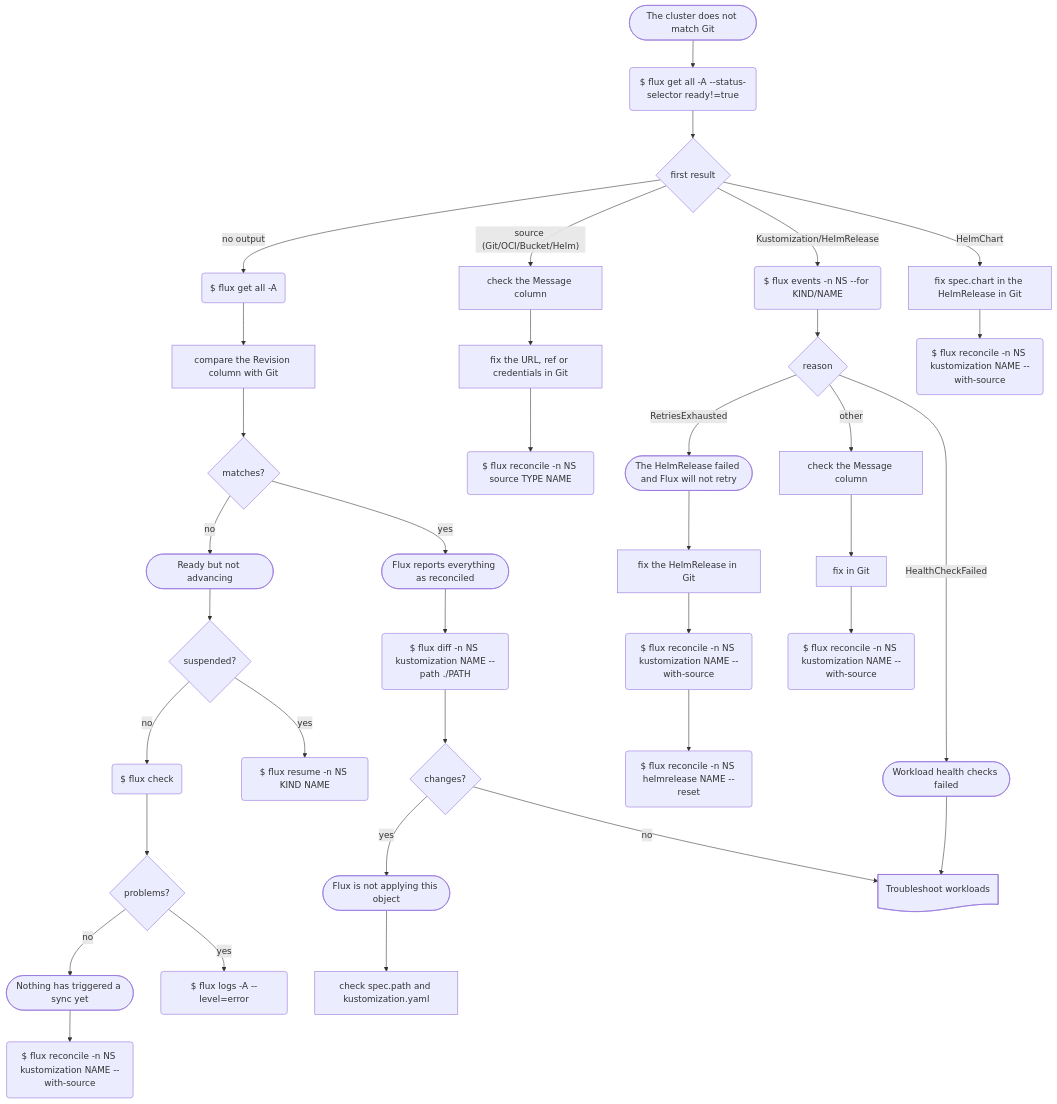
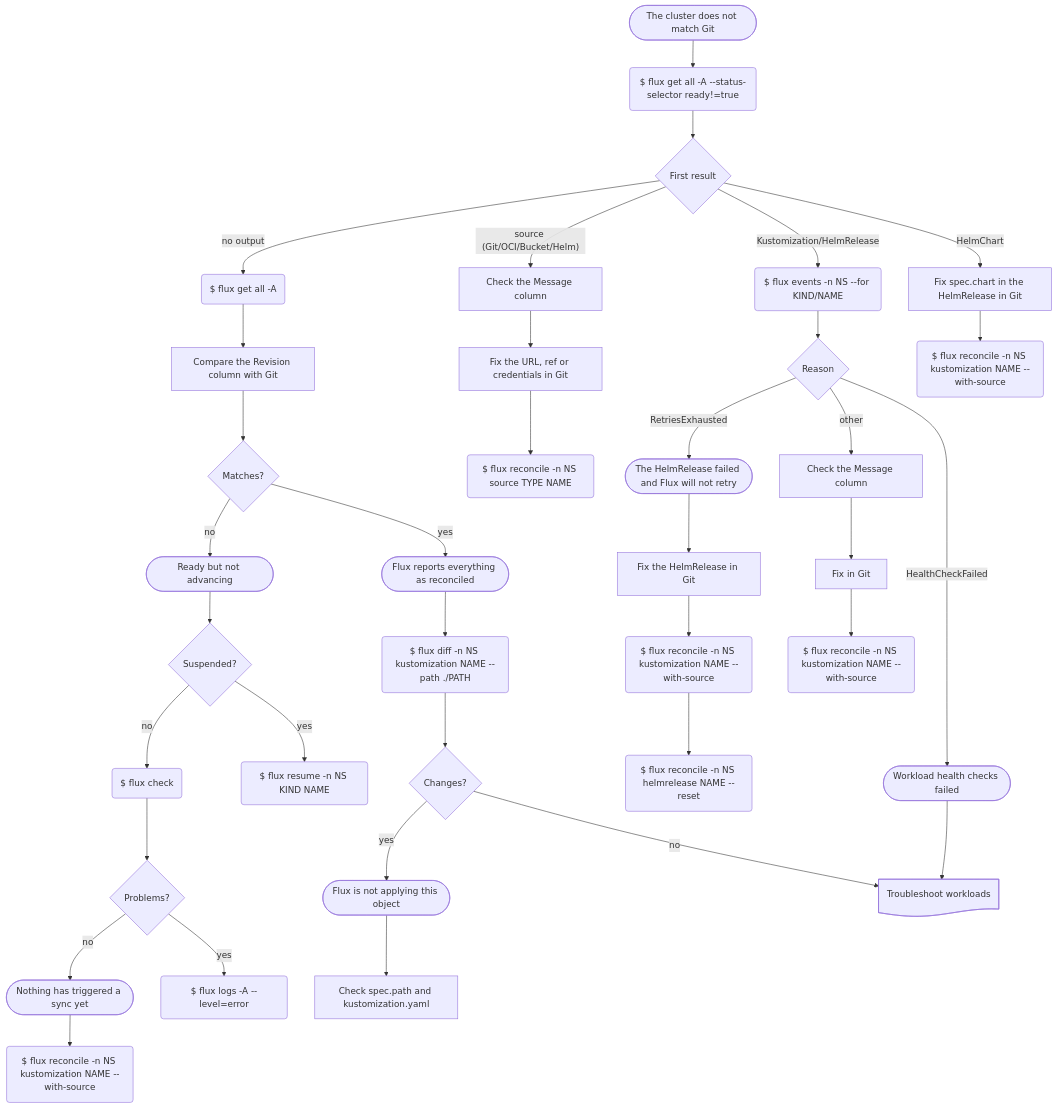
The diagram in diagrams/flux.mmd (nth-root/flowcharts), drawn with Mermaid before and after one commit.

Commit message:
Apply sentence case consistently

```diff
--- a/diagrams/flux.mmd
+++ b/diagrams/flux.mmd
@@ -1,33 +1,33 @@
 flowchart TD
     ClusterDoesNotMatch([The cluster does not match Git]):::situation --> GetNonReady
     GetNonReady($ flux get all -A --status-selector ready!=true):::cmd
 
-    GetNonReady --> NonReadyResults{first result}:::choice
+    GetNonReady --> NonReadyResults{First result}:::choice
 
-    NonReadyResults -->|no output| GetAll($ flux get all -A):::cmd --> CheckRevision[compare the Revision column with Git]
+    NonReadyResults -->|no output| GetAll($ flux get all -A):::cmd --> CheckRevision[Compare the Revision column with Git]
 
-    CheckRevision --> Matches{matches?}:::choice
+    CheckRevision --> Matches{Matches?}:::choice
     Matches -->|no| NotAdvancing([Ready but not advancing]):::situation
 
-    NotAdvancing --> Suspended{suspended?}:::choice
-    Suspended -->|no| FluxCheck($ flux check):::cmd --> FluxUnhealthy{problems?}:::choice
+    NotAdvancing --> Suspended{Suspended?}:::choice
+    Suspended -->|no| FluxCheck($ flux check):::cmd --> FluxUnhealthy{Problems?}:::choice
     Suspended -->|yes| Resume($ flux resume -n NS KIND NAME):::cmd
 
     FluxUnhealthy -->|no| NoSyncTriggered([Nothing has triggered a sync yet]):::situation --> ReconcileStale($ flux reconcile -n NS kustomization NAME --with-source):::cmd
     FluxUnhealthy -->|yes| FluxLogs($ flux logs -A --level=error):::cmd
 
-    NonReadyResults -->|"source (Git/OCI/Bucket/Helm)"| NonReadySource[check the Message column]
-    NonReadySource --> FixSource[fix the URL, ref or credentials in Git] --> ReconcileSource($ flux reconcile -n NS source TYPE NAME):::cmd
+    NonReadyResults -->|"source (Git/OCI/Bucket/Helm)"| NonReadySource[Check the Message column]
+    NonReadySource --> FixSource[Fix the URL, ref or credentials in Git] --> ReconcileSource($ flux reconcile -n NS source TYPE NAME):::cmd
 
     NonReadyResults -->|Kustomization/HelmRelease| GetEvents($ flux events -n NS --for KIND/NAME):::cmd
 
-    Matches -->|yes| Reconciled([Flux reports everything as reconciled]):::situation --> DiffKustomization($ flux diff -n NS kustomization NAME --path ./PATH):::cmd --> Changes{changes?}:::choice
-    Changes -->|yes| NotApplied([Flux is not applying this object]):::situation --> CheckKustomization[check spec.path and kustomization.yaml]
+    Matches -->|yes| Reconciled([Flux reports everything as reconciled]):::situation --> DiffKustomization($ flux diff -n NS kustomization NAME --path ./PATH):::cmd --> Changes{Changes?}:::choice
+    Changes -->|yes| NotApplied([Flux is not applying this object]):::situation --> CheckKustomization[Check spec.path and kustomization.yaml]
     Changes -->|no| CheckPodIssues:::ref@{ shape: doc, label: "Troubleshoot workloads" }
 
-    GetEvents --> Reason{reason}:::choice
-    Reason -->|RetriesExhausted| RetriesExhausted([The HelmRelease failed and Flux will not retry]):::situation --> FixHelmRelease[fix the HelmRelease in Git] --> ReconcileHelmKustomization("$ flux reconcile -n NS kustomization NAME --with-source"):::cmd --> ReconcileHelmRelease("$ flux reconcile -n NS helmrelease NAME --reset"):::cmd
+    GetEvents --> Reason{Reason}:::choice
+    Reason -->|RetriesExhausted| RetriesExhausted([The HelmRelease failed and Flux will not retry]):::situation --> FixHelmRelease[Fix the HelmRelease in Git] --> ReconcileHelmKustomization("$ flux reconcile -n NS kustomization NAME --with-source"):::cmd --> ReconcileHelmRelease("$ flux reconcile -n NS helmrelease NAME --reset"):::cmd
     Reason -->|HealthCheckFailed| HealthCheckFailed([Workload health checks failed]):::situation --> CheckPodIssues
-    Reason -->|other| CheckMessage[check the Message column] --> FixIssue[fix in Git] --> Reconcile($ flux reconcile -n NS kustomization NAME --with-source):::cmd
+    Reason -->|other| CheckMessage[Check the Message column] --> FixIssue[Fix in Git] --> Reconcile($ flux reconcile -n NS kustomization NAME --with-source):::cmd
 
-    NonReadyResults -->|HelmChart| FixChart[fix spec.chart in the HelmRelease in Git] --> ReconcileChart($ flux reconcile -n NS kustomization NAME --with-source):::cmd
+    NonReadyResults -->|HelmChart| FixChart[Fix spec.chart in the HelmRelease in Git] --> ReconcileChart($ flux reconcile -n NS kustomization NAME --with-source):::cmd
```
